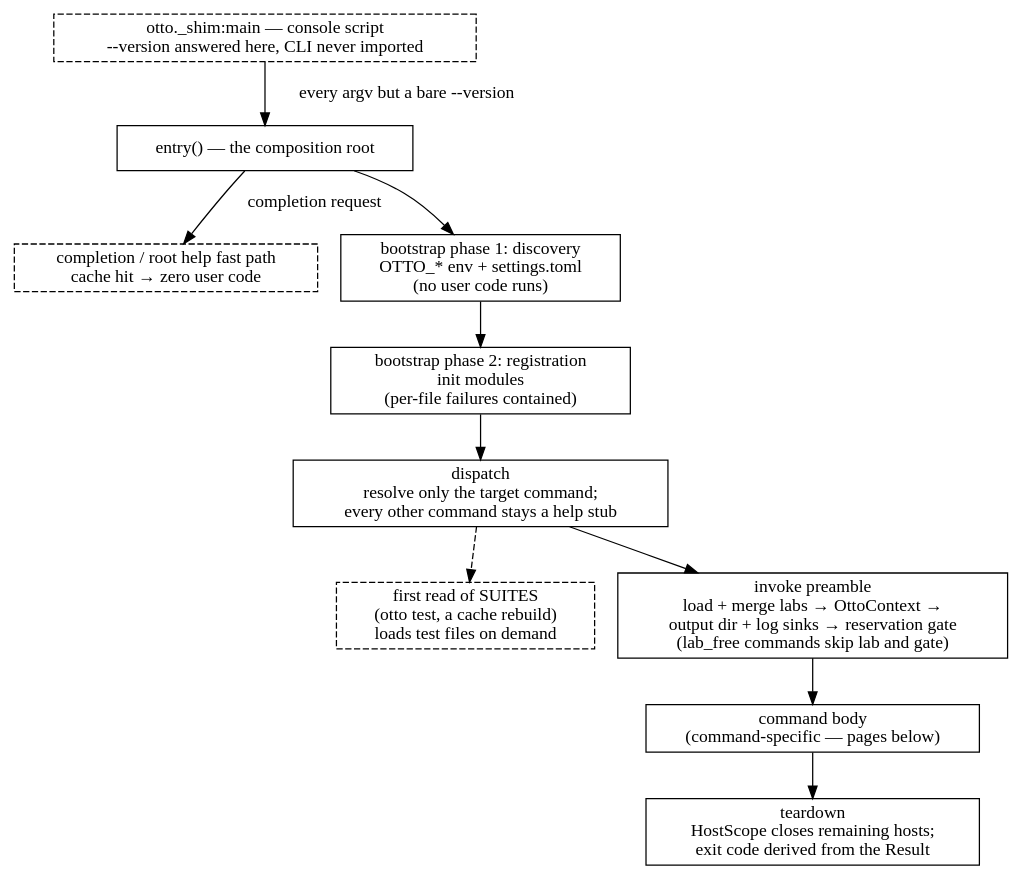
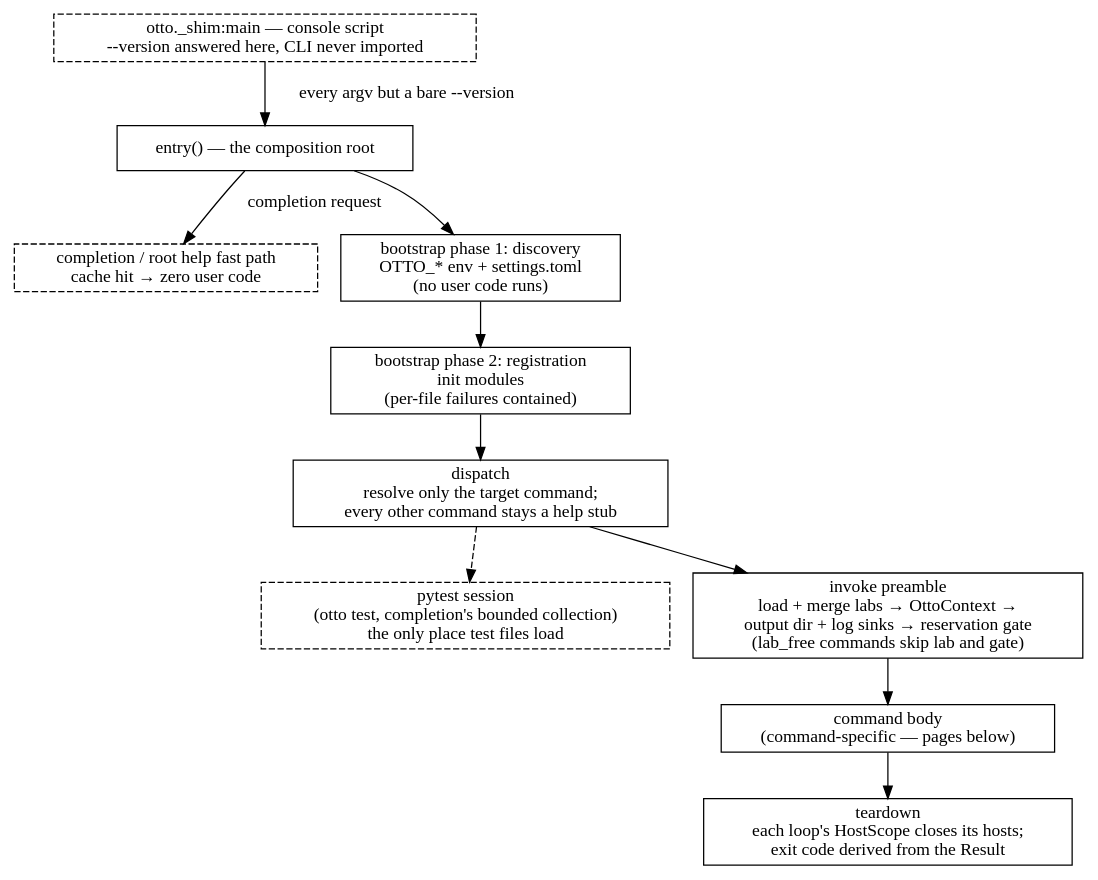
One commit to ludachrish3/otto-sh changed the diagram in docs/architecture/lifecycle.md. Above: the diagram before and after it, drawn with Graphviz. The commit also changed other lines of this file and 303 other files, not shown here.

````diff
--- a/docs/architecture/lifecycle.md
+++ b/docs/architecture/lifecycle.md
@@ -18,27 +18,27 @@
 ```{graphviz}
 digraph lifecycle {
     rankdir=TB;
     node [shape=box];
 
     shim [label="otto._shim:main — console script\n--version answered here, CLI never imported", style=dashed];
     entry [label="entry() — the composition root"];
     completion [label="completion / root help fast path\ncache hit → zero user code", style=dashed];
     discovery [label="bootstrap phase 1: discovery\nOTTO_* env + settings.toml\n(no user code runs)"];
     registration [label="bootstrap phase 2: registration\ninit modules\n(per-file failures contained)"];
-    suites [label="first read of SUITES\n(otto test, a cache rebuild)\nloads test files on demand", style=dashed];
+    pytest_session [label="pytest session\n(otto test, completion's bounded collection)\nthe only place test files load", style=dashed];
     dispatch [label="dispatch\nresolve only the target command;\nevery other command stays a help stub"];
     preamble [label="invoke preamble\nload + merge labs → OttoContext →\noutput dir + log sinks → reservation gate\n(lab_free commands skip lab and gate)"];
     body [label="command body\n(command-specific — pages below)"];
-    teardown [label="teardown\nHostScope closes remaining hosts;\nexit code derived from the Result"];
+    teardown [label="teardown\neach loop's HostScope closes its hosts;\nexit code derived from the Result"];
 
     shim -> entry [label=" every argv but a bare --version"];
     entry -> completion [label=" completion request"];
     entry -> discovery;
     discovery -> registration;
     registration -> dispatch;
     dispatch -> preamble;
-    dispatch -> suites [style=dashed];
+    dispatch -> pytest_session [style=dashed];
     preamble -> body;
     body -> teardown;
 }
 ```
````
